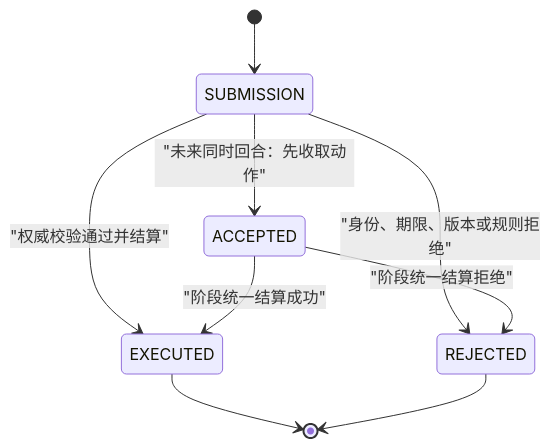
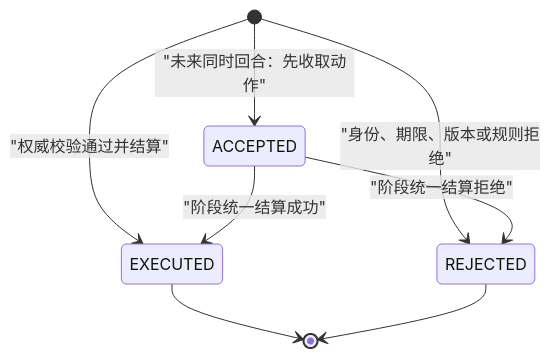
Before and after one commit to boji-today/frayground: diagram 11 of 11 in backend/DESIGN.md, drawn with Mermaid. The commit also changed other lines of this file, not shown here.

First line of the commit message:
docs(backend): align class and state diagrams with the domain code

````diff
--- a/backend/DESIGN.md
+++ b/backend/DESIGN.md
@@ -407,11 +429,10 @@
 ```mermaid
 stateDiagram-v2
-  [*] --> SUBMISSION
-  SUBMISSION --> EXECUTED : "权威校验通过并结算"
-  SUBMISSION --> REJECTED : "身份、期限、版本或规则拒绝"
-  SUBMISSION --> ACCEPTED : "未来同时回合：先收取动作"
+  [*] --> EXECUTED : "权威校验通过并结算"
+  [*] --> REJECTED : "身份、期限、版本或规则拒绝"
+  [*] --> ACCEPTED : "未来同时回合：先收取动作"
   ACCEPTED --> EXECUTED : "阶段统一结算成功"
   ACCEPTED --> REJECTED : "阶段统一结算拒绝"
   EXECUTED --> [*]
   REJECTED --> [*]
 ```
````
